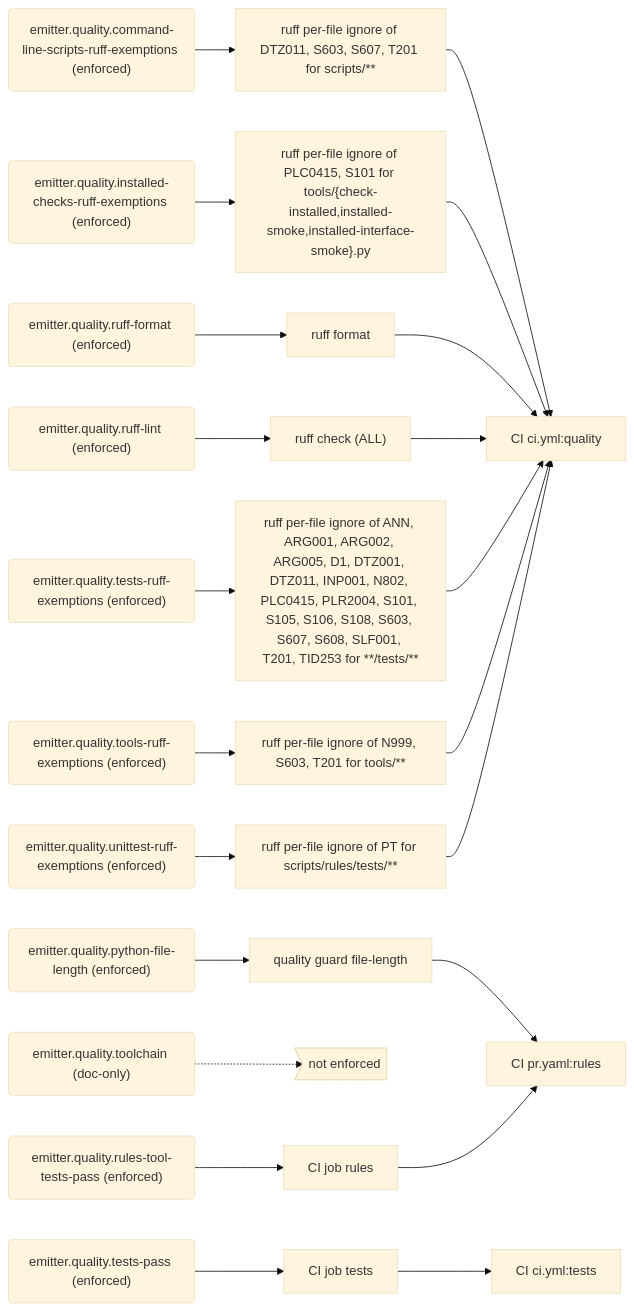
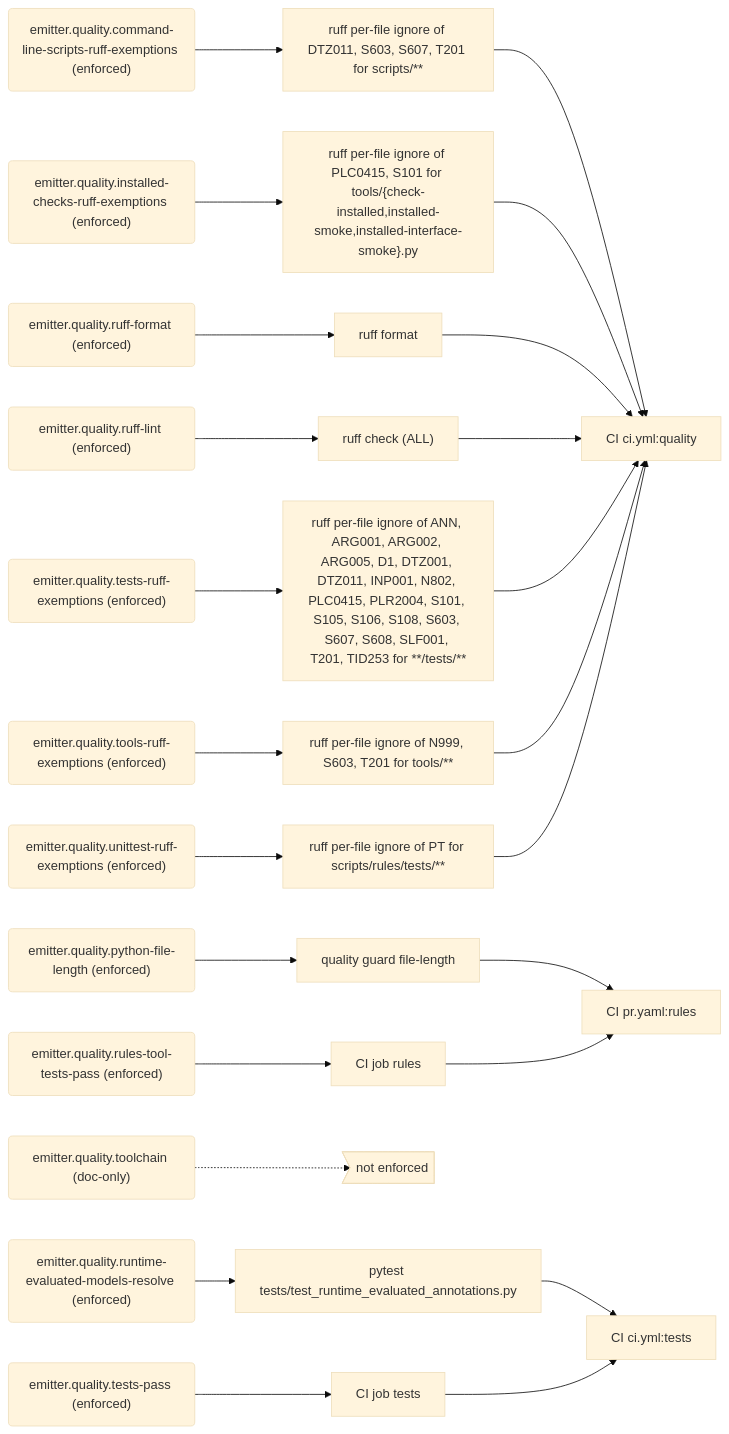
One commit to PolicyEngine/local-services changed the sixth of 9 diagrams in docs/generated/rules.md. Above: the diagram before and after it, drawn with Mermaid (base theme). The commit also changed other lines of this file and 4 other files, not shown here.

````diff
--- a/docs/generated/rules.md
+++ b/docs/generated/rules.md
@@ -249,49 +251,53 @@
 ```mermaid
 flowchart LR
   r_emitter_quality_command_line_scripts_ruff_exemptions("emitter.quality.command-line-scripts-ruff-exemptions (enforced)")
   e_ruff_per_file_ignore_of_DTZ011__S603__S607__T201_for_scripts___["ruff per-file ignore of DTZ011, S603, S607, T201 for scripts/**"]
   j_CI_ci_yml_quality["CI ci.yml:quality"]
   r_emitter_quality_installed_checks_ruff_exemptions("emitter.quality.installed-checks-ruff-exemptions (enforced)")
   e_ruff_per_file_ignore_of_PLC0415__S101_for_tools__check_installed_installed_smoke_installed_interface_smoke__py["ruff per-file ignore of PLC0415, S101 for tools/{check-installed,installed-smoke,installed-interface-smoke}.py"]
   r_emitter_quality_python_file_length("emitter.quality.python-file-length (enforced)")
   e_quality_guard_file_length["quality guard file-length"]
   j_CI_pr_yaml_rules["CI pr.yaml:rules"]
   r_emitter_quality_ruff_format("emitter.quality.ruff-format (enforced)")
   e_ruff_format["ruff format"]
   r_emitter_quality_ruff_lint("emitter.quality.ruff-lint (enforced)")
   e_ruff_check__ALL_["ruff check (ALL)"]
   r_emitter_quality_rules_tool_tests_pass("emitter.quality.rules-tool-tests-pass (enforced)")
   e_CI_job_rules["CI job rules"]
+  r_emitter_quality_runtime_evaluated_models_resolve("emitter.quality.runtime-evaluated-models-resolve (enforced)")
+  e_pytest_tests_test_runtime_evaluated_annotations_py["pytest tests/test_runtime_evaluated_annotations.py"]
+  j_CI_ci_yml_tests["CI ci.yml:tests"]
   r_emitter_quality_tests_pass("emitter.quality.tests-pass (enforced)")
   e_CI_job_tests["CI job tests"]
-  j_CI_ci_yml_tests["CI ci.yml:tests"]
   r_emitter_quality_tests_ruff_exemptions("emitter.quality.tests-ruff-exemptions (enforced)")
   e_ruff_per_file_ignore_of_ANN__ARG001__ARG002__ARG005__D1__DTZ001__DTZ011__INP001__N802__PLC0415__PLR2004__S101__S105__S106__S108__S603__S607__S608__SLF001__T201__TID253_for____tests___["ruff per-file ignore of ANN, ARG001, ARG002, ARG005, D1, DTZ001, DTZ011, INP001, N802, PLC0415, PLR2004, S101, S105, S106, S108, S603, S607, S608, SLF001, T201, TID253 for **/tests/**"]
   r_emitter_quality_toolchain("emitter.quality.toolchain (doc-only)")
   gap_unenforced>"not enforced"]
   r_emitter_quality_tools_ruff_exemptions("emitter.quality.tools-ruff-exemptions (enforced)")
   e_ruff_per_file_ignore_of_N999__S603__T201_for_tools___["ruff per-file ignore of N999, S603, T201 for tools/**"]
   r_emitter_quality_unittest_ruff_exemptions("emitter.quality.unittest-ruff-exemptions (enforced)")
   e_ruff_per_file_ignore_of_PT_for_scripts_rules_tests___["ruff per-file ignore of PT for scripts/rules/tests/**"]
   r_emitter_quality_command_line_scripts_ruff_exemptions --> e_ruff_per_file_ignore_of_DTZ011__S603__S607__T201_for_scripts___
   e_ruff_per_file_ignore_of_DTZ011__S603__S607__T201_for_scripts___ --> j_CI_ci_yml_quality
   r_emitter_quality_installed_checks_ruff_exemptions --> e_ruff_per_file_ignore_of_PLC0415__S101_for_tools__check_installed_installed_smoke_installed_interface_smoke__py
   e_ruff_per_file_ignore_of_PLC0415__S101_for_tools__check_installed_installed_smoke_installed_interface_smoke__py --> j_CI_ci_yml_quality
   r_emitter_quality_python_file_length --> e_quality_guard_file_length
   e_quality_guard_file_length --> j_CI_pr_yaml_rules
   r_emitter_quality_ruff_format --> e_ruff_format
   e_ruff_format --> j_CI_ci_yml_quality
   r_emitter_quality_ruff_lint --> e_ruff_check__ALL_
   e_ruff_check__ALL_ --> j_CI_ci_yml_quality
   r_emitter_quality_rules_tool_tests_pass --> e_CI_job_rules
   e_CI_job_rules --> j_CI_pr_yaml_rules
+  r_emitter_quality_runtime_evaluated_models_resolve --> e_pytest_tests_test_runtime_evaluated_annotations_py
+  e_pytest_tests_test_runtime_evaluated_annotations_py --> j_CI_ci_yml_tests
   r_emitter_quality_tests_pass --> e_CI_job_tests
   e_CI_job_tests --> j_CI_ci_yml_tests
   r_emitter_quality_tests_ruff_exemptions --> e_ruff_per_file_ignore_of_ANN__ARG001__ARG002__ARG005__D1__DTZ001__DTZ011__INP001__N802__PLC0415__PLR2004__S101__S105__S106__S108__S603__S607__S608__SLF001__T201__TID253_for____tests___
   e_ruff_per_file_ignore_of_ANN__ARG001__ARG002__ARG005__D1__DTZ001__DTZ011__INP001__N802__PLC0415__PLR2004__S101__S105__S106__S108__S603__S607__S608__SLF001__T201__TID253_for____tests___ --> j_CI_ci_yml_quality
   r_emitter_quality_toolchain -.-> gap_unenforced
   r_emitter_quality_tools_ruff_exemptions --> e_ruff_per_file_ignore_of_N999__S603__T201_for_tools___
   e_ruff_per_file_ignore_of_N999__S603__T201_for_tools___ --> j_CI_ci_yml_quality
   r_emitter_quality_unittest_ruff_exemptions --> e_ruff_per_file_ignore_of_PT_for_scripts_rules_tests___
   e_ruff_per_file_ignore_of_PT_for_scripts_rules_tests___ --> j_CI_ci_yml_quality
 ```
````
